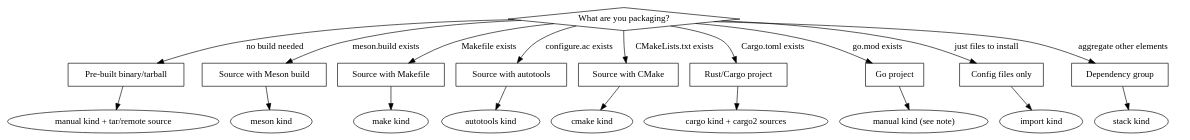
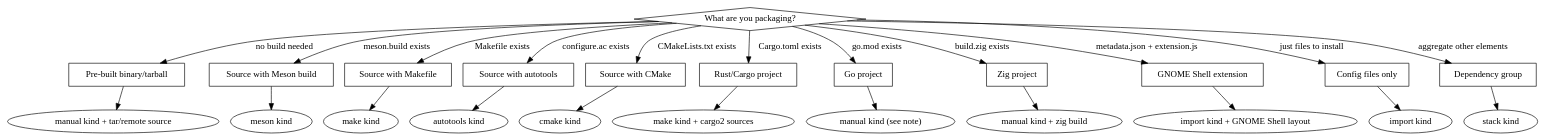
The diagram in .opencode/skills/adding-a-package/SKILL.md (castrojo/egg), drawn with Graphviz before and after one commit. The commit also changed other lines of this file, not shown here.

Commit message:
feat: update adding-a-package skill with decision tree and cross-references

````diff
--- a/.opencode/skills/adding-a-package/SKILL.md
+++ b/.opencode/skills/adding-a-package/SKILL.md
@@ -14,44 +14,52 @@
 ```dot
 digraph choose_kind {
     "What are you packaging?" [shape=diamond];
     "Pre-built binary/tarball" [shape=box];
     "Source with Meson build" [shape=box];
     "Source with Makefile" [shape=box];
     "Source with autotools" [shape=box];
     "Source with CMake" [shape=box];
     "Rust/Cargo project" [shape=box];
     "Go project" [shape=box];
+    "Zig project" [shape=box];
+    "GNOME Shell extension" [shape=box];
     "Config files only" [shape=box];
     "Dependency group" [shape=box];
 
     "What are you packaging?" -> "Pre-built binary/tarball" [label="no build needed"];
     "What are you packaging?" -> "Source with Meson build" [label="meson.build exists"];
     "What are you packaging?" -> "Source with Makefile" [label="Makefile exists"];
     "What are you packaging?" -> "Source with autotools" [label="configure.ac exists"];
     "What are you packaging?" -> "Source with CMake" [label="CMakeLists.txt exists"];
     "What are you packaging?" -> "Rust/Cargo project" [label="Cargo.toml exists"];
     "What are you packaging?" -> "Go project" [label="go.mod exists"];
+    "What are you packaging?" -> "Zig project" [label="build.zig exists"];
+    "What are you packaging?" -> "GNOME Shell extension" [label="metadata.json + extension.js"];
     "What are you packaging?" -> "Config files only" [label="just files to install"];
     "What are you packaging?" -> "Dependency group" [label="aggregate other elements"];
 
     "manual kind + tar/remote source" [shape=ellipse];
     "meson kind" [shape=ellipse];
     "make kind" [shape=ellipse];
     "autotools kind" [shape=ellipse];
     "cmake kind" [shape=ellipse];
-    "cargo kind + cargo2 sources" [shape=ellipse];
+    "make kind + cargo2 sources" [shape=ellipse];
+    "manual kind + zig build" [shape=ellipse];
     "manual kind (see note)" [shape=ellipse];
+    "import kind + GNOME Shell layout" [shape=ellipse];
     "import kind" [shape=ellipse];
     "stack kind" [shape=ellipse];
 
     "Pre-built binary/tarball" -> "manual kind + tar/remote source";
     "Source with Meson build" -> "meson kind";
     "Source with Makefile" -> "make kind";
     "Source with autotools" -> "autotools kind";
     "Source with CMake" -> "cmake kind";
-    "Rust/Cargo project" -> "cargo kind + cargo2 sources";
+    "Rust/Cargo project" -> "make kind + cargo2 sources";
     "Go project" -> "manual kind (see note)";
+    "Zig project" -> "manual kind + zig build";
+    "GNOME Shell extension" -> "import kind + GNOME Shell layout";
     "Config files only" -> "import kind";
     "Dependency group" -> "stack kind";
 }
 ```
````
